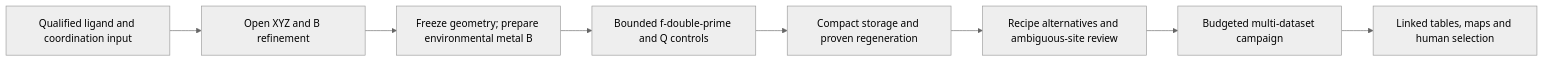
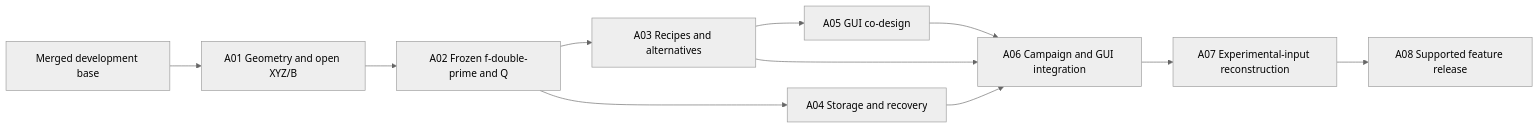
The diagram in docs/metal-development-roadmap.md (vecchioni-lab/NASolve), drawn with Mermaid (neutral theme) before and after one commit. The commit also changed other lines of this file and 4 other files, not shown here.

Commit message:
Define numbered post-merge metal milestones and reconstruction goals

````diff
--- a/docs/metal-development-roadmap.md
+++ b/docs/metal-development-roadmap.md
@@ -15,10 +47,13 @@
 ```mermaid
 flowchart LR
-    C[Qualified ligand and coordination input] --> X[Open XYZ and B refinement]
-    X --> F[Freeze geometry; prepare environmental metal B]
-    F --> D[Bounded f-double-prime and Q controls]
-    D --> S[Compact storage and proven regeneration]
-    S --> R[Recipe alternatives and ambiguous-site review]
-    R --> P[Budgeted multi-dataset campaign]
-    P --> U[Linked tables, maps and human selection]
+    M[Merged development base] --> A[A01 Geometry and open XYZ/B]
+    A --> B[A02 Frozen f-double-prime and Q]
+    B --> C[A03 Recipes and alternatives]
+    B --> D[A04 Storage and recovery]
+    C --> E[A05 GUI co-design]
+    C --> F[A06 Campaign and GUI integration]
+    D --> F
+    E --> F
+    F --> G[A07 Experimental-input reconstruction]
+    G --> H[A08 Supported feature release]
 ```
````
